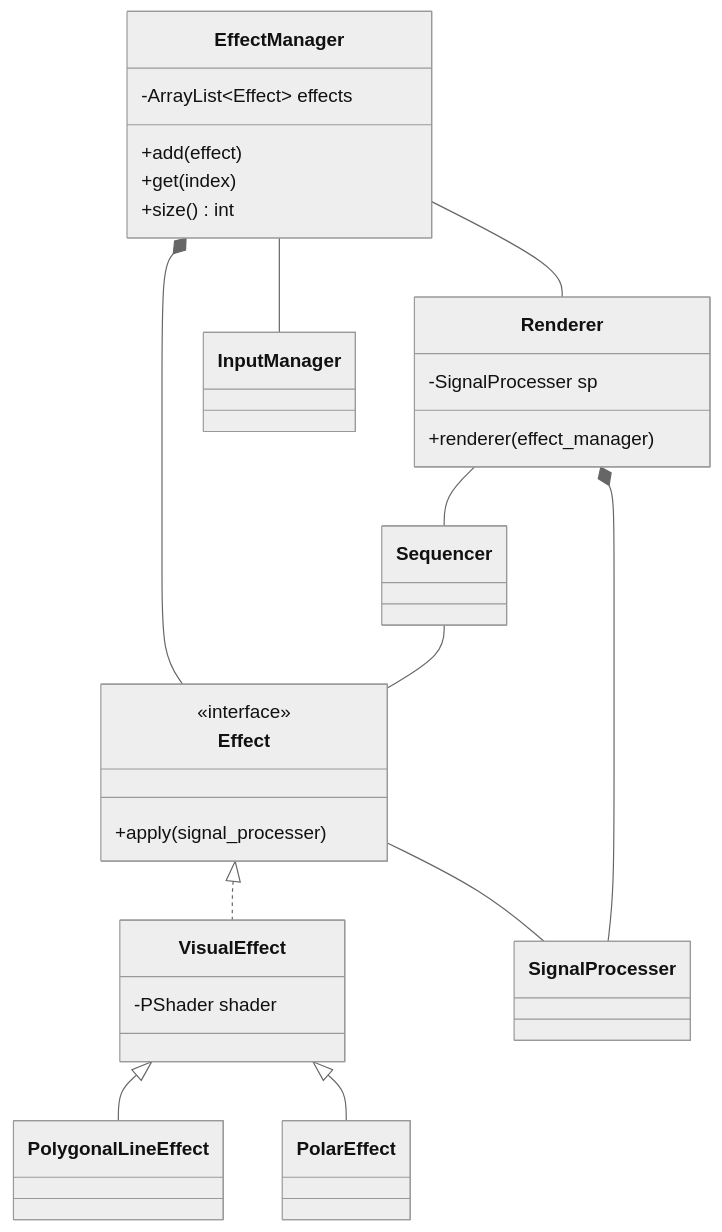
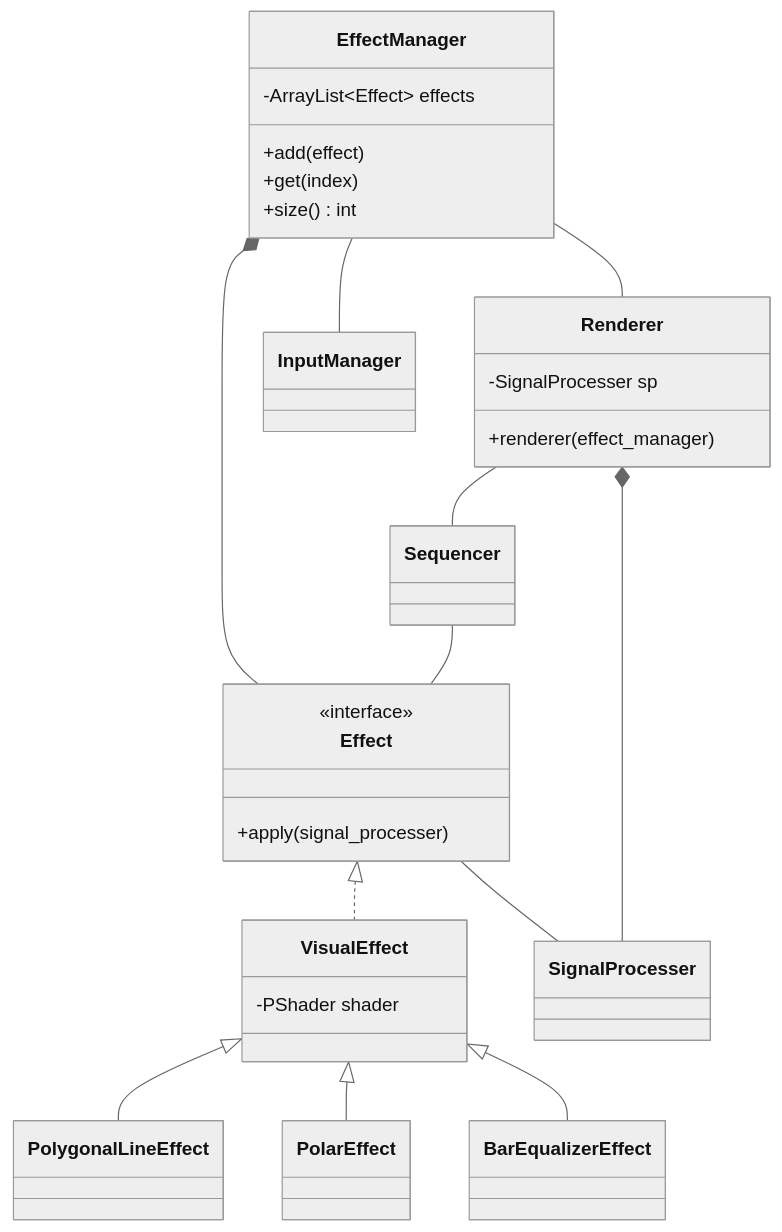
Before and after one commit to satoyuichi/GuitarVisualEffects: the diagram in diagram/class_diagram.md, drawn with Mermaid (neutral theme).

````diff
--- a/diagram/class_diagram.md
+++ b/diagram/class_diagram.md
@@ -1,36 +1,37 @@
 ```mermaid
 classDiagram
     class Effect {
         <<interface>>
         +apply(signal_processer)
     }
     
     class Renderer {
         -SignalProcesser sp
         
         +renderer(effect_manager)
     }
     
     class EffectManager {
         -ArrayList~Effect~ effects
         
         +add(effect)
         +get(index)
         +size() int
     }
     
     class VisualEffect {
     	-PShader shader
     }
     
     Effect <|.. VisualEffect
     VisualEffect <|-- PolygonalLineEffect
     VisualEffect <|-- PolarEffect
+    VisualEffect <|-- BarEqualizerEffect
     Effect -- SignalProcesser
     EffectManager *-- Effect
     EffectManager -- Renderer
     EffectManager -- InputManager
     Renderer *-- SignalProcesser
     Renderer -- Sequencer
     Sequencer -- Effect
 ```
````
